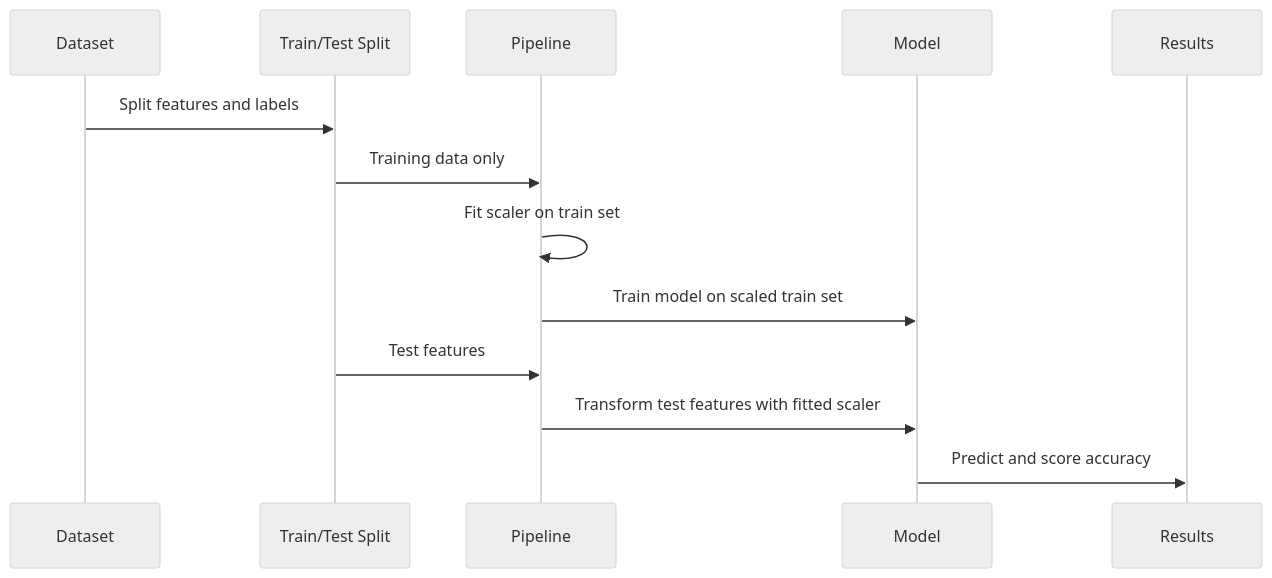
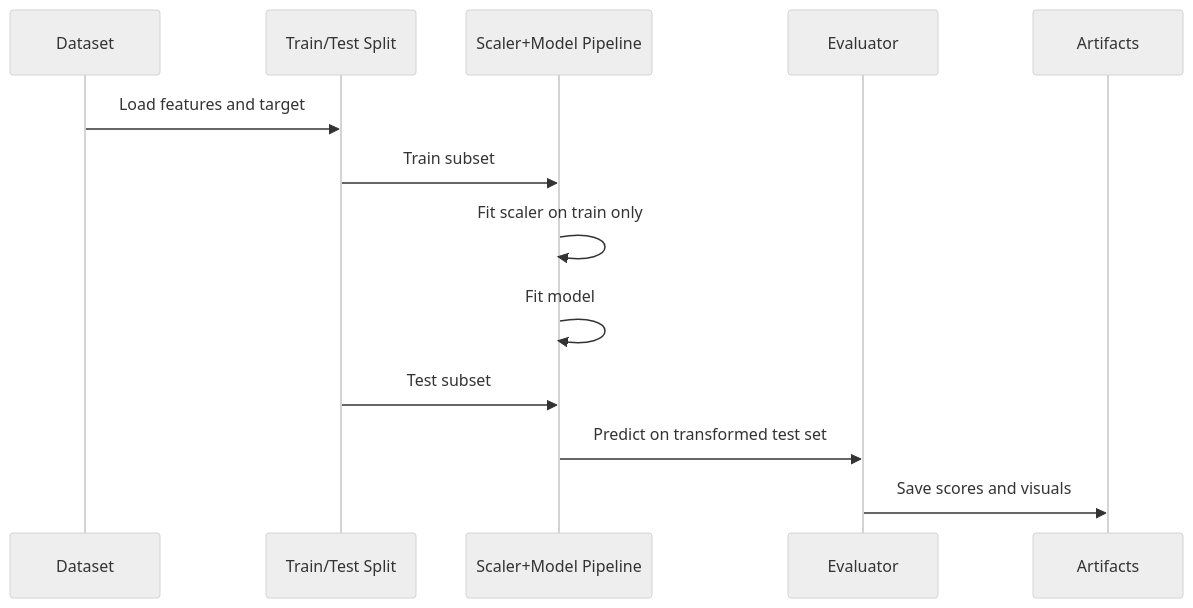
One commit to hkevin01/zscore_ml_project changed the second of 5 diagrams in README.md. Above: the diagram before and after it, drawn with Mermaid (neutral theme). The commit also changed other lines of this file and 10 other files, not shown here.

````diff
--- a/README.md
+++ b/README.md
@@ -141,15 +135,16 @@
 ```mermaid
 sequenceDiagram
-    participant D as Dataset
-    participant S as Train/Test Split
-    participant P as Pipeline
-    participant M as Model
-    participant R as Results
-    D->>S: Split features and labels
-    S->>P: Training data only
-    P->>P: Fit scaler on train set
-    P->>M: Train model on scaled train set
-    S->>P: Test features
-    P->>M: Transform test features with fitted scaler
-    M->>R: Predict and score accuracy
+    participant DS as Dataset
+    participant SPLIT as Train/Test Split
+    participant PIPE as Scaler+Model Pipeline
+    participant EVAL as Evaluator
+    participant OUT as Artifacts
+
+    DS->>SPLIT: Load features and target
+    SPLIT->>PIPE: Train subset
+    PIPE->>PIPE: Fit scaler on train only
+    PIPE->>PIPE: Fit model
+    SPLIT->>PIPE: Test subset
+    PIPE->>EVAL: Predict on transformed test set
+    EVAL->>OUT: Save scores and visuals
 ```
````
